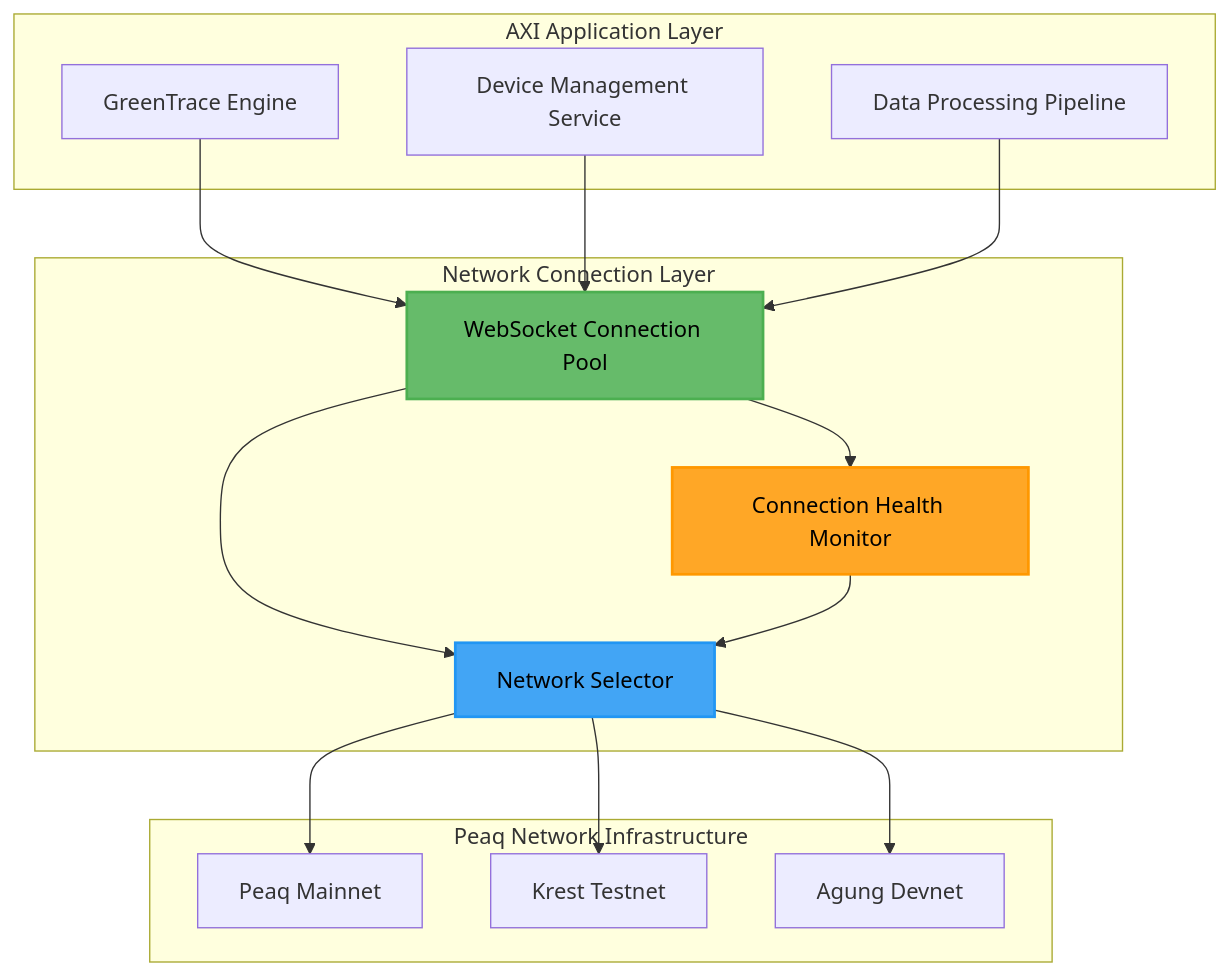
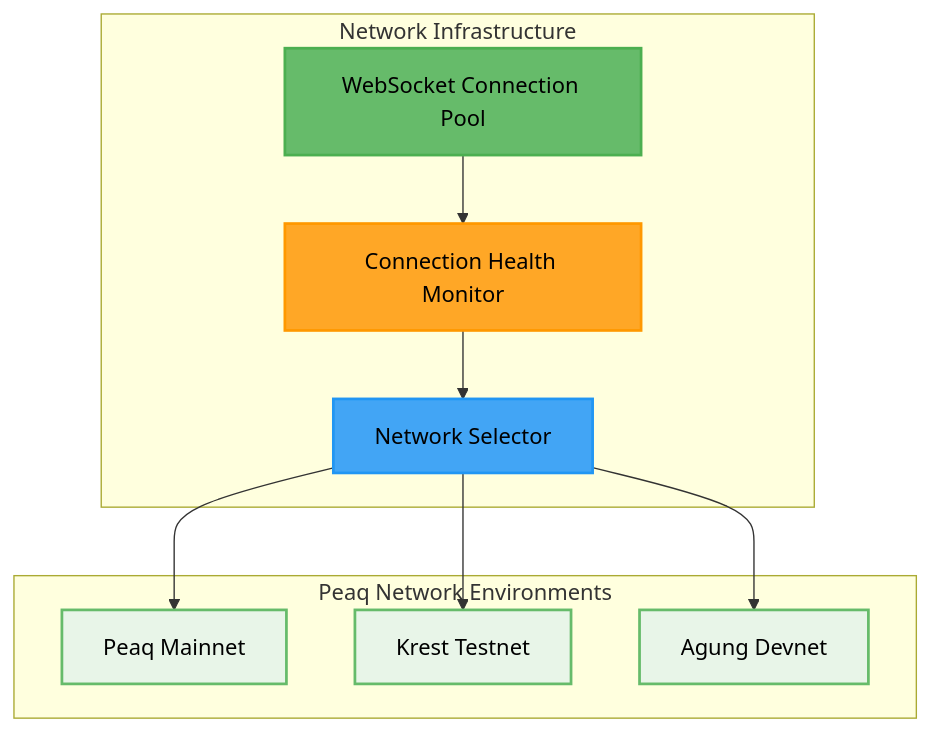
One commit to brn-mwai/aximobility-blockchain changed the seventh of 12 diagrams in README.md. Above: the diagram before and after it, drawn with Mermaid. The commit also changed other lines of this file, not shown here.

````diff
--- a/README.md
+++ b/README.md
@@ -130,34 +299,27 @@
 ```mermaid
 graph TB
-    subgraph "AXI Application Layer"
-        A[GreenTrace Engine]
-        B[Device Management Service]
-        C[Data Processing Pipeline]
+    subgraph "Network Infrastructure"
+        A[WebSocket Connection Pool]
+        B[Connection Health Monitor]
+        C[Network Selector]
     end
     
-    subgraph "Network Connection Layer"
-        D[WebSocket Connection Pool]
-        E[Connection Health Monitor]
-        F[Network Selector]
+    subgraph "Peaq Network Environments"
+        D[Peaq Mainnet]
+        E[Krest Testnet]
+        F[Agung Devnet]
     end
     
-    subgraph "Peaq Network Infrastructure"
-        G[Peaq Mainnet]
-        H[Krest Testnet]
-        I[Agung Devnet]
-    end
+    A --> B
+    B --> C
+    C --> D
+    C --> E
+    C --> F
     
-    A --> D
-    B --> D
-    C --> D
-    D --> E
-    D --> F
-    E --> F
-    F --> G
-    F --> H
-    F --> I
-    
-    style D fill:#66BB6A,stroke:#4CAF50,stroke-width:2px,color:#000
-    style E fill:#FFA726,stroke:#FF9800,stroke-width:2px,color:#000
-    style F fill:#42A5F5,stroke:#2196F3,stroke-width:2px,color:#000
+    style A fill:#66BB6A,stroke:#4CAF50,stroke-width:2px,color:#000
+    style B fill:#FFA726,stroke:#FF9800,stroke-width:2px,color:#000
+    style C fill:#42A5F5,stroke:#2196F3,stroke-width:2px,color:#000
+    style D fill:#E8F5E8,stroke:#66BB6A,stroke-width:2px,color:#000
+    style E fill:#E8F5E8,stroke:#66BB6A,stroke-width:2px,color:#000
+    style F fill:#E8F5E8,stroke:#66BB6A,stroke-width:2px,color:#000
 ```
````
